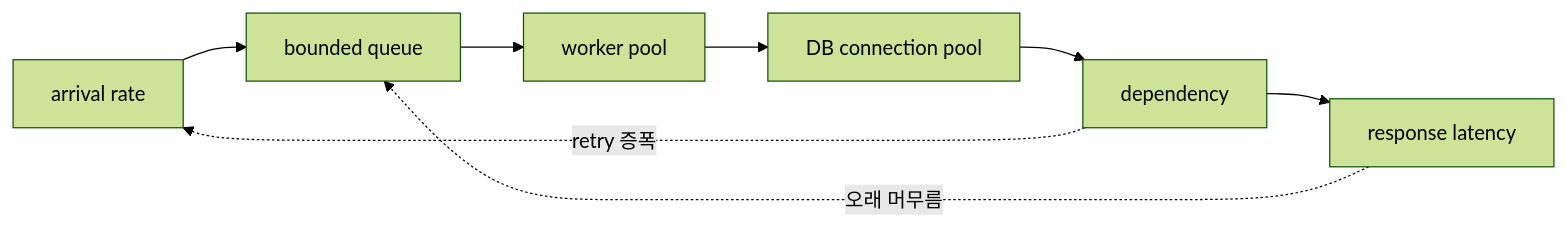
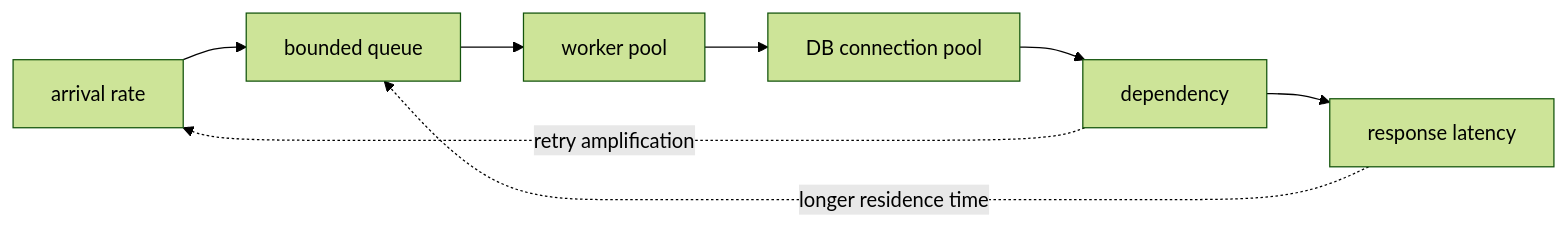
Before and after one commit to nohdol97/nohdol-study: the diagram in docs-site/content/backend-engineering/03-concurrency-capacity-runtime.md, drawn with Mermaid (forest theme). The commit also changed other lines of this file and 116 other files, not shown here.

````diff
--- a/docs-site/content/backend-engineering/03-concurrency-capacity-runtime.md
+++ b/docs-site/content/backend-engineering/03-concurrency-capacity-runtime.md
@@ -26,10 +26,10 @@
 ```mermaid
 flowchart LR
     R[arrival rate] --> Q[bounded queue]
     Q --> W[worker pool]
     W --> D[DB connection pool]
     D --> X[dependency]
     X --> L[response latency]
-    L -. 오래 머무름 .-> Q
-    X -. retry 증폭 .-> R
+    L -. longer residence time .-> Q
+    X -. retry amplification .-> R
 ```
````
